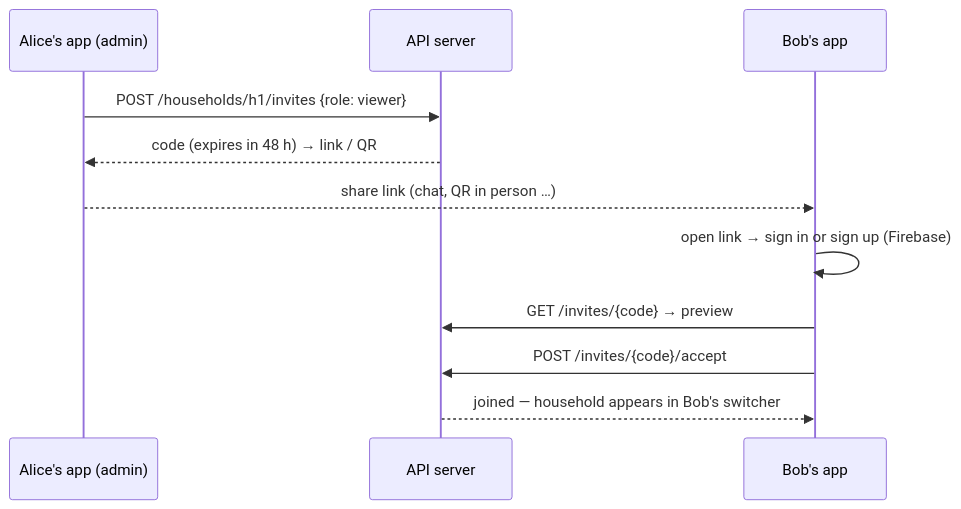
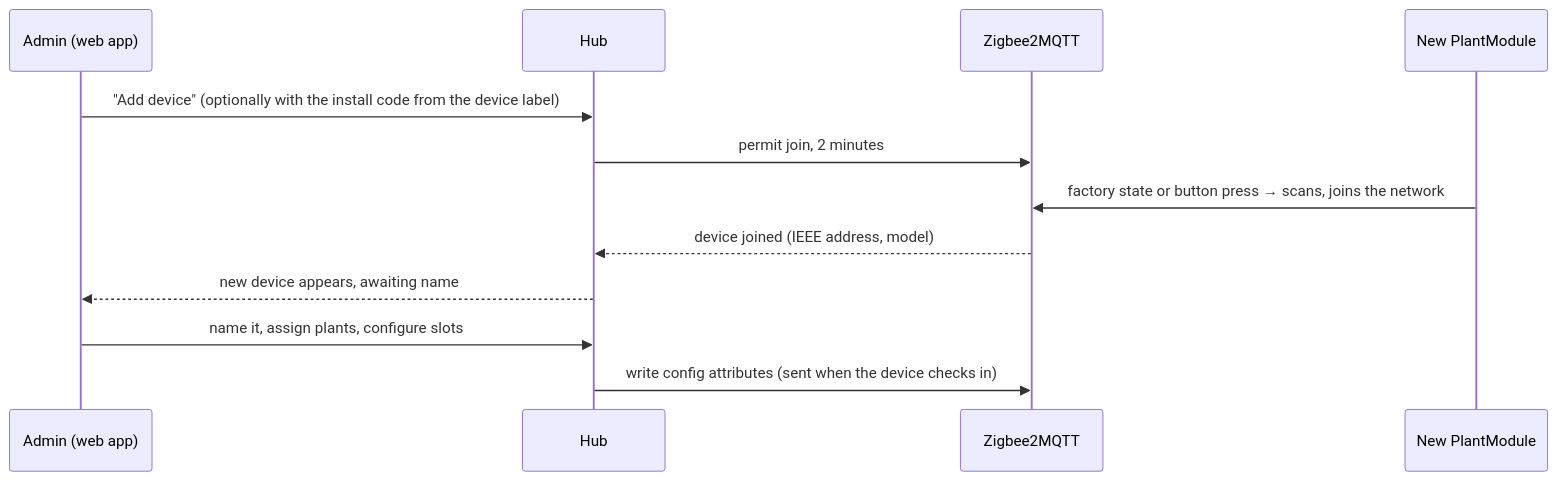
The second of 8 diagrams in PROJECT.md (Hansom17/MoistureController), drawn with Mermaid before and after one commit. The commit also changed other lines of this file and 504 other files, not shown here.

First line of the commit message:
Restructure into PlantModule/Gateway/Server/App and rewrite specs for the Zigbee hub design

````diff
--- a/PROJECT.md
+++ b/PROJECT.md
@@ -169,14 +121,15 @@
 ```mermaid
 sequenceDiagram
-    participant A as Alice's app (admin)
-    participant API as API server
-    participant B as Bob's app
+    participant A as Admin (web app)
+    participant H as Hub
+    participant Z as Zigbee2MQTT
+    participant D as New PlantModule
 
-    A->>API: POST /households/h1/invites {role: viewer}
-    API-->>A: code (expires in 48 h) → link / QR
-    A-->>B: share link (chat, QR in person …)
-    B->>B: open link → sign in or sign up (Firebase)
-    B->>API: GET /invites/{code} → preview
-    B->>API: POST /invites/{code}/accept
-    API-->>B: joined — household appears in Bob's switcher
+    A->>H: "Add device" (optionally with the install code from the device label)
+    H->>Z: permit join, 2 minutes
+    D->>Z: factory state or button press → scans, joins the network
+    Z-->>H: device joined (IEEE address, model)
+    H-->>A: new device appears, awaiting name
+    A->>H: name it, assign plants, configure slots
+    H->>Z: write config attributes (sent when the device checks in)
 ```
````
